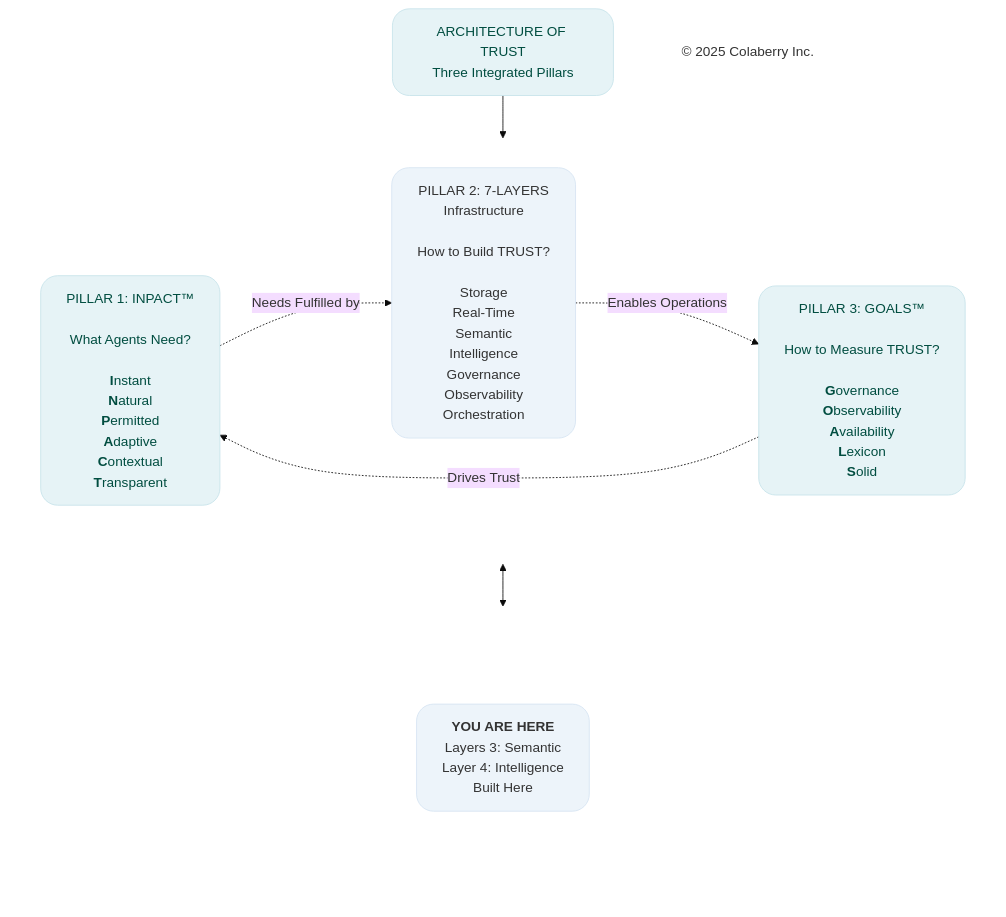
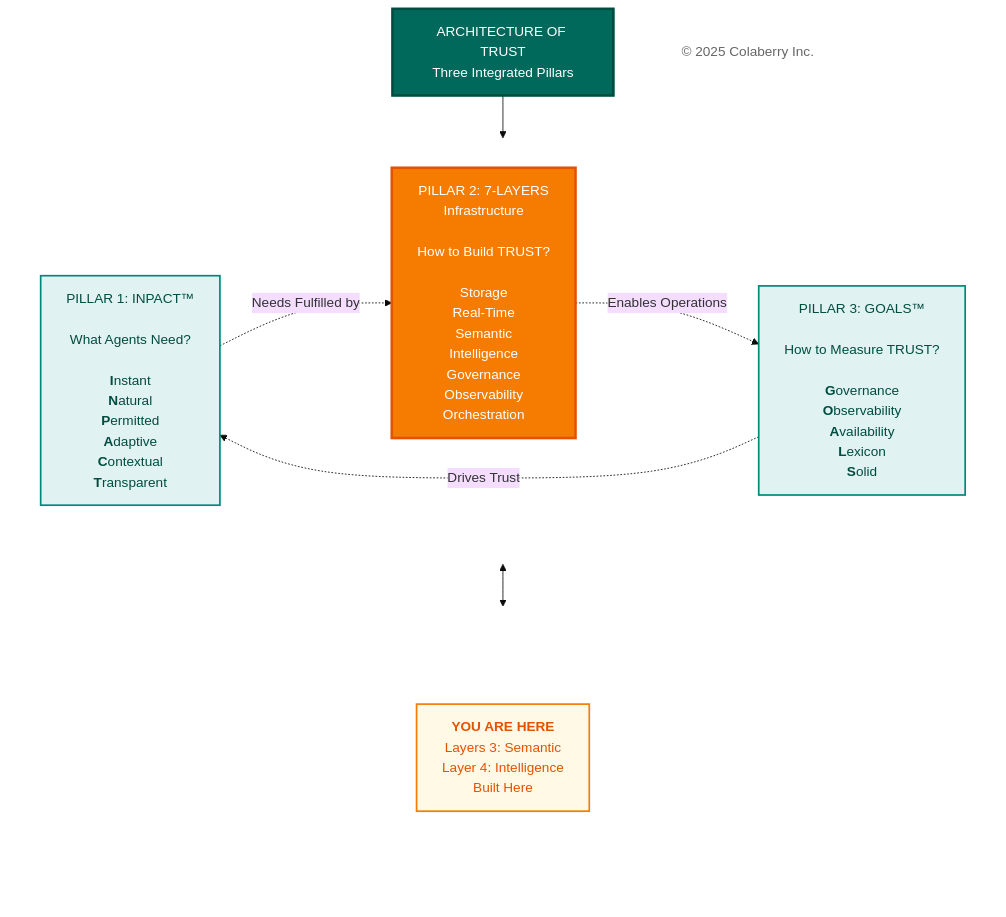
The second of 13 diagrams in manuscript/06_chapter_5_intelligence_layers.md (saitejesh-cyber/trust-before-intelligence-book), drawn with Mermaid (base theme) before and after one commit. The commit also changed other lines of this file and 12 other files, not shown here.

Commit message:
Restore legacy Mermaid styles for Option 1

````diff
--- a/manuscript/06_chapter_5_intelligence_layers.md
+++ b/manuscript/06_chapter_5_intelligence_layers.md
@@ -75,46 +75,46 @@
 ```mermaid
 
 
 graph TB
     Title["ARCHITECTURE OF TRUST<br/>Three Integrated Pillars"]
     
     subgraph PILLARS[" "]
         direction LR
         INPACT["`PILLAR 1: INPACT™<br/><br/>What Agents Need?<br/><br/>**I**nstant<br/>**N**atural<br/>**P**ermitted<br/>**A**daptive<br/>**C**ontextual<br/>**T**ransparent`"]
         
         Layers["PILLAR 2: 7-LAYERS<br/>Infrastructure<br/><br/>How to Build TRUST?<br/><br/>Storage<br/>Real-Time<br/>Semantic<br/>Intelligence<br/>Governance<br/>Observability<br/>Orchestration"]
         
         GOALS["`PILLAR 3: GOALS™<br/><br/>How to Measure TRUST?<br/><br/>**G**overnance<br/>**O**bservability<br/>**A**vailability<br/>**L**exicon<br/>**S**olid`"]
     end
     
     subgraph INDICATOR[" "]
         direction LR
         Spacer1[" "]
         YouAreHere["<b>YOU ARE HERE</b><br/>Layers 3: Semantic <br/> Layer 4: Intelligence<br/> Built Here"]
         Spacer2[" "]
     end
     
     Copyright["© 2025 Colaberry Inc."]
     
     Title --> PILLARS
     PILLARS <--> INDICATOR
     
     INPACT -.->|"Needs Fulfilled by"| Layers
     Layers -.->|"Enables Operations"| GOALS
     GOALS -.->|"Drives Trust"| INPACT
 
-    style Title fill:#e6f3f6,stroke:#c7e3ea,stroke-width:1px,color:#004d40,rx:20,ry:20
+    style Title fill:#00695c,color:#ffffff,stroke:#004d40,stroke-width:3px
     style PILLARS fill:none,stroke:none
     style INDICATOR fill:none,stroke:none
-    style INPACT fill:#e6f3f6,stroke:#c7e3ea,stroke-width:1px,color:#004d40,rx:20,ry:20
-    style Layers fill:#edf4fa,stroke:#d6e4f2,stroke-width:1px,color:#333333,rx:20,ry:20
-    style GOALS fill:#e6f3f6,stroke:#c7e3ea,stroke-width:1px,color:#004d40,rx:20,ry:20
+    style INPACT fill:#e0f2f1,stroke:#00897b,stroke-width:2px,color:#004d40
+    style Layers fill:#f57c00,stroke:#e65100,stroke-width:3px,color:#ffffff
+    style GOALS fill:#e0f2f1,stroke:#00897b,stroke-width:2px,color:#004d40
     style Spacer1 fill:none,stroke:none,color:transparent
-    style YouAreHere fill:#edf4fa,stroke:#d6e4f2,stroke-width:1px,color:#333333,rx:20,ry:20
+    style YouAreHere fill:#fff9e6,stroke:#f57c00,stroke-width:2px,color:#e65100
     style Spacer2 fill:none,stroke:none,color:transparent
-    style Copyright fill:none,stroke:none,color:#333333
+    style Copyright fill:#ffffff,stroke:none,color:#666666
 
 
 
 
 ```
````
